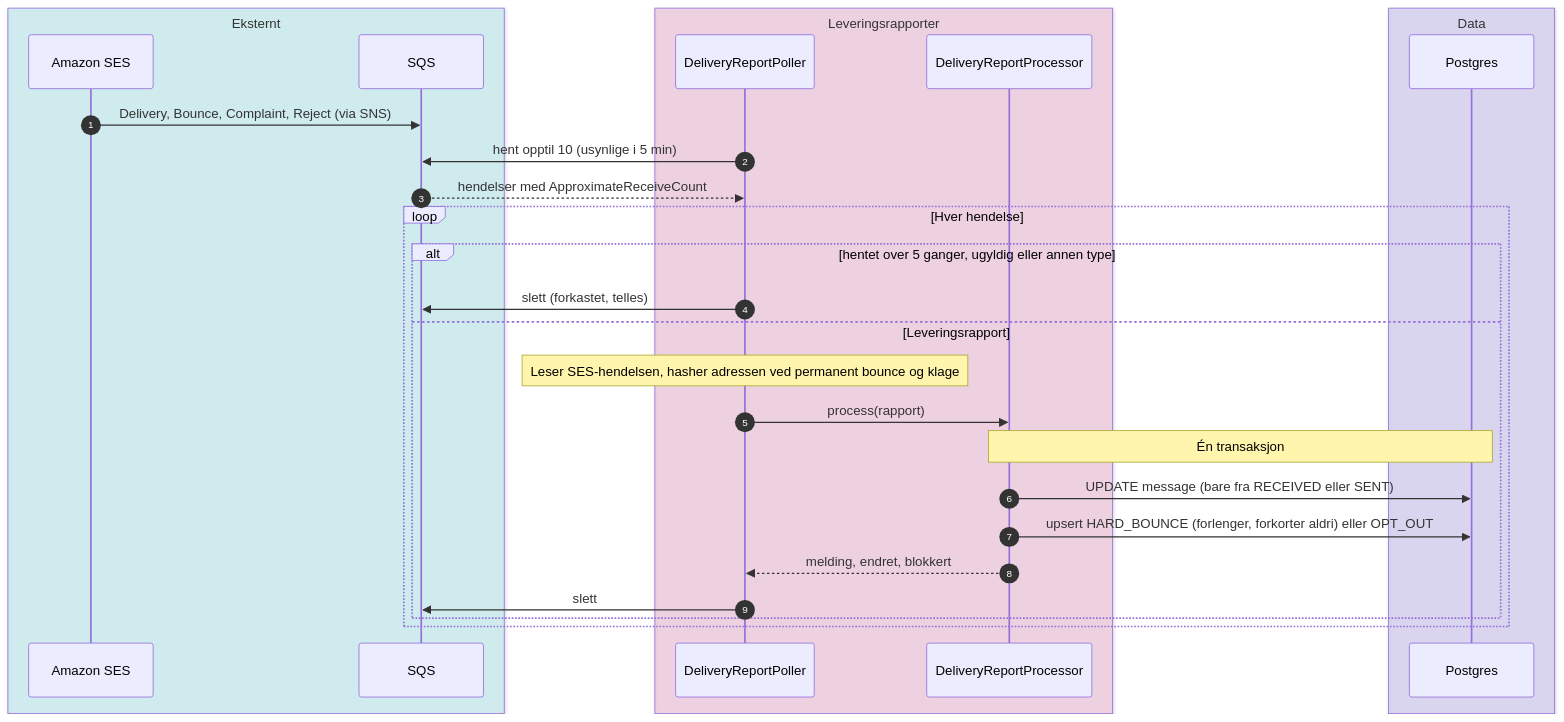
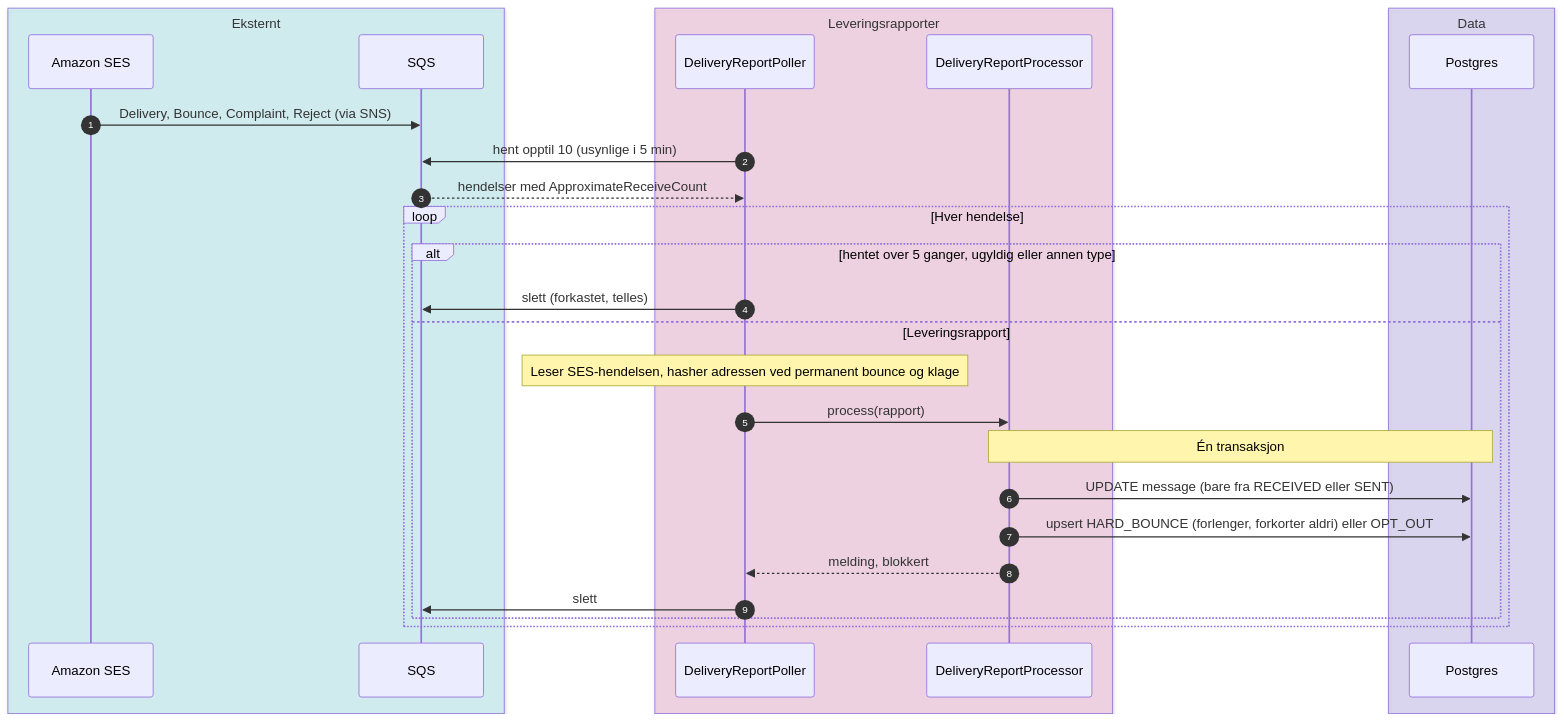
Diagram 12 of 17 in docs/architecture.md (FINTLabs/fint-communication-service), drawn with Mermaid before and after one commit. The commit also changed other lines of this file and 7 other files, not shown here.

````diff
--- a/docs/architecture.md
+++ b/docs/architecture.md
@@ -849,32 +848,32 @@
 ```mermaid
 sequenceDiagram
     autonumber
     box rgba(165,243,252,0.35) Eksternt
         participant SES as Amazon SES
         participant Q as SQS
     end
     box rgba(249,168,212,0.35) Leveringsrapporter
         participant P as DeliveryReportPoller
         participant R as DeliveryReportProcessor
     end
     box rgba(196,181,253,0.35) Data
         participant DB as Postgres
     end
 
     SES->>Q: Delivery, Bounce, Complaint, Reject (via SNS)
     P->>Q: hent opptil 10 (usynlige i 5 min)
     Q-->>P: hendelser med ApproximateReceiveCount
     loop Hver hendelse
         alt hentet over 5 ganger, ugyldig eller annen type
             P->>Q: slett (forkastet, telles)
         else Leveringsrapport
             Note over P: Leser SES-hendelsen, hasher adressen ved permanent bounce og klage
             P->>R: process(rapport)
             Note over R,DB: Én transaksjon
             R->>DB: UPDATE message (bare fra RECEIVED eller SENT)
             R->>DB: upsert HARD_BOUNCE (forlenger, forkorter aldri) eller OPT_OUT
-            R-->>P: melding, endret, blokkert
+            R-->>P: melding, blokkert
             P->>Q: slett
         end
     end
 ```
````
